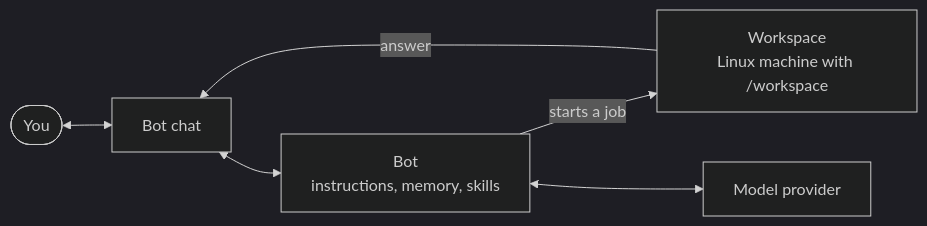
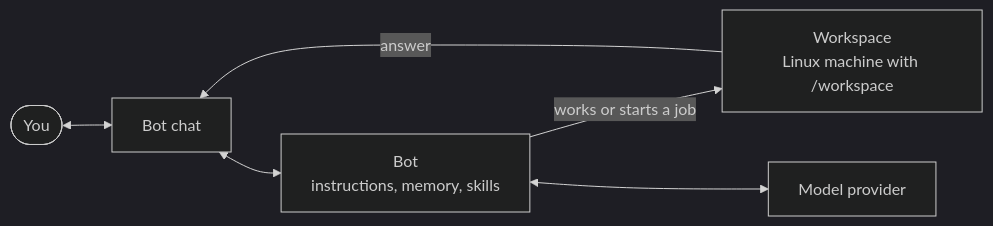
One commit to crumble-project/bot changed the diagram in apps/docs/content/index.mdx. Above: the diagram before and after it, drawn with Mermaid (dark theme). The commit also changed other lines of this file and 68 other files, not shown here.

````diff
--- a/apps/docs/content/index.mdx
+++ b/apps/docs/content/index.mdx
@@ -14,8 +14,8 @@
 ```mermaid
 flowchart LR
   You(["You"]) <--> Chat["Bot chat"]
   Chat <--> Bot["Bot<br/>instructions, memory, skills"]
-  Bot -- "starts a job" --> Workspace["Workspace<br/>Linux machine with /workspace"]
+  Bot -- "works or starts a job" --> Workspace["Workspace<br/>Linux machine with /workspace"]
   Workspace -- "answer" --> Chat
   Bot <--> Provider["Model provider"]
 ```
````
